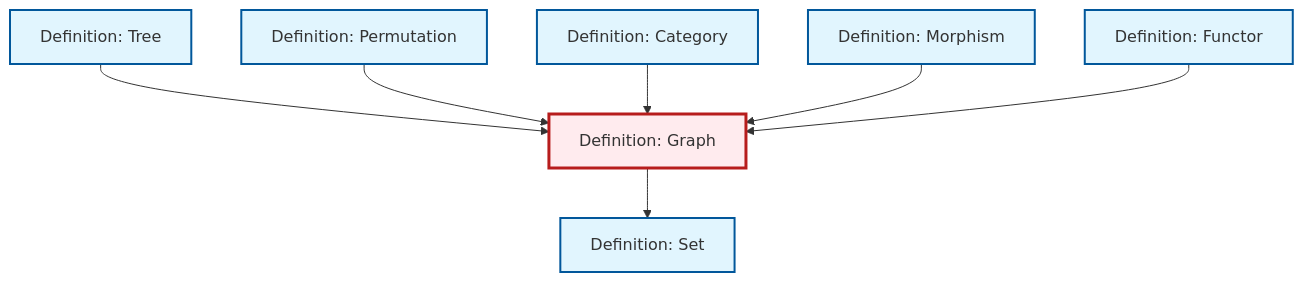
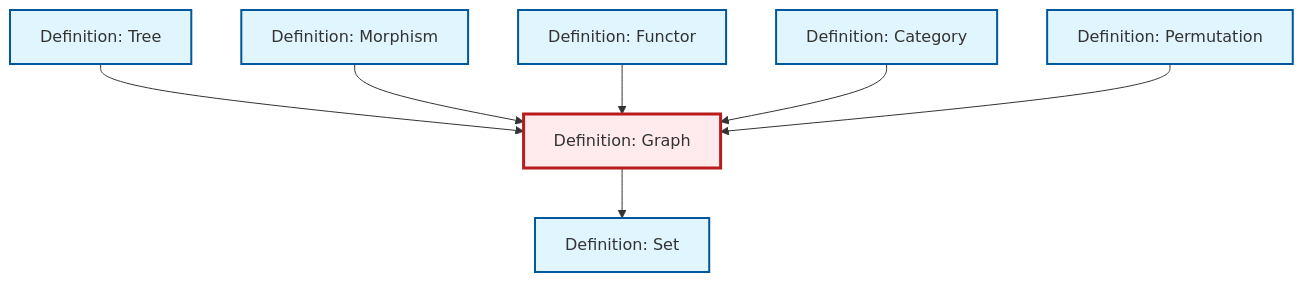
Before and after one commit to RK0429/ModernMath: the diagram in content/ja/combinatorics/def-graph.qmd, drawn with Mermaid. The commit also changed other lines of this file and 554 other files, not shown here.

````diff
--- a/content/ja/combinatorics/def-graph.qmd
+++ b/content/ja/combinatorics/def-graph.qmd
@@ -91,29 +91,29 @@
 ```{mermaid}
 %%| fig-cap: "Local dependency graph"
 graph TD
     classDef definition fill:#e1f5fe,stroke:#01579b,stroke-width:2px
     classDef theorem fill:#f3e5f5,stroke:#4a148c,stroke-width:2px
     classDef axiom fill:#fff3e0,stroke:#e65100,stroke-width:2px
     classDef example fill:#e8f5e9,stroke:#1b5e20,stroke-width:2px
     classDef current fill:#ffebee,stroke:#b71c1c,stroke-width:3px
+    def-functor["Definition: Functor"]:::definition
+    def-category["Definition: Category"]:::definition
+    def-tree["Definition: Tree"]:::definition
     def-set["Definition: Set"]:::definition
+    def-permutation["Definition: Permutation"]:::definition
     def-morphism["Definition: Morphism"]:::definition
-    def-permutation["Definition: Permutation"]:::definition
-    def-functor["Definition: Functor"]:::definition
-    def-tree["Definition: Tree"]:::definition
-    def-category["Definition: Category"]:::definition
     def-graph["Definition: Graph"]:::definition
     def-graph --> def-set
     def-tree --> def-graph
-    def-permutation --> def-graph
-    def-category --> def-graph
     def-morphism --> def-graph
     def-functor --> def-graph
+    def-category --> def-graph
+    def-permutation --> def-graph
     class def-graph current
+    click def-functor "def-functor.html" "Definition: Functorへ"
+    click def-category "def-category.html" "Definition: Categoryへ"
+    click def-tree "def-tree.html" "Definition: Treeへ"
     click def-set "def-set.html" "Definition: Setへ"
+    click def-permutation "def-permutation.html" "Definition: Permutationへ"
     click def-morphism "def-morphism.html" "Definition: Morphismへ"
-    click def-permutation "def-permutation.html" "Definition: Permutationへ"
-    click def-functor "def-functor.html" "Definition: Functorへ"
-    click def-tree "def-tree.html" "Definition: Treeへ"
-    click def-category "def-category.html" "Definition: Categoryへ"
 ```
````
